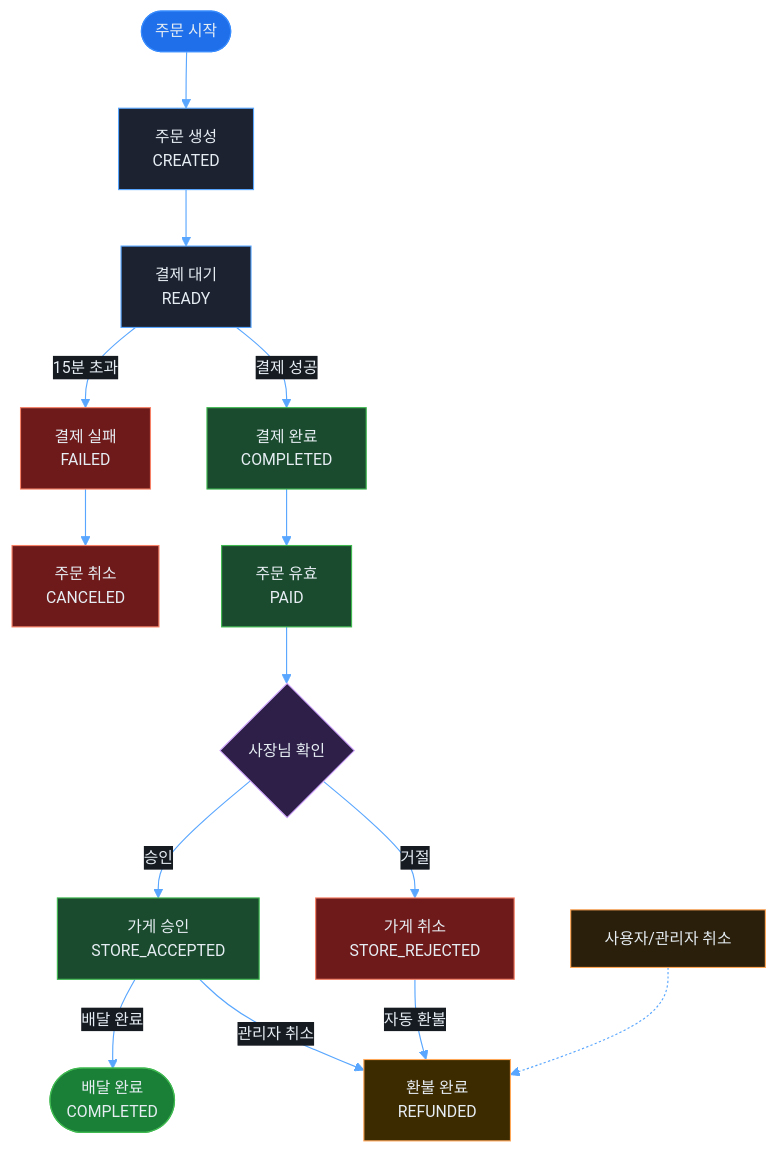
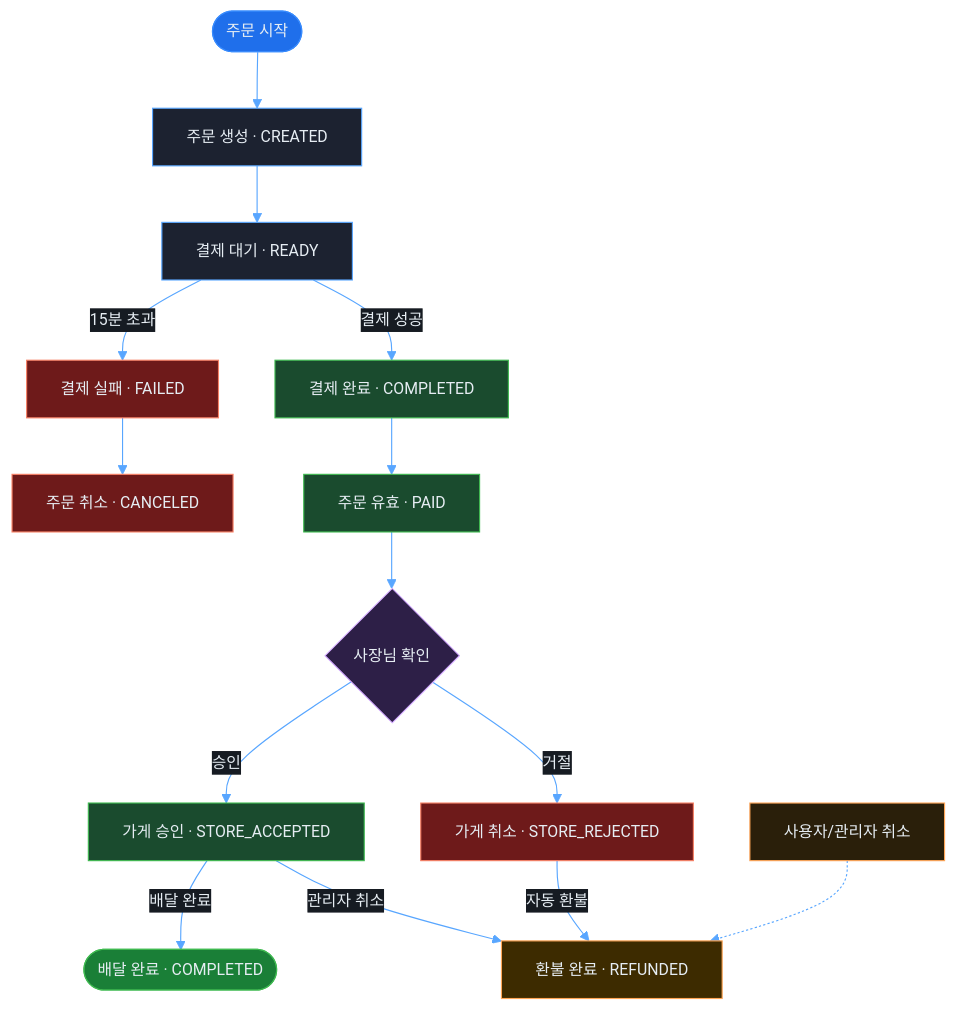
The first of 3 diagrams in README.md (rlaxxwls13/food-order-platform), drawn with Mermaid before and after one commit.

Commit message:
[Feat] README 수정4

````diff
--- a/README.md
+++ b/README.md
@@ -52,49 +52,49 @@
 ```mermaid
 %%{init: {
   "theme": "base",
   "themeVariables": {
     "primaryColor": "#1c2230",
     "primaryTextColor": "#e6edf3",
     "primaryBorderColor": "#30363d",
     "lineColor": "#58a6ff",
     "secondaryColor": "#161b22",
     "tertiaryColor": "#0d1117",
     "edgeLabelBackground": "#161b22",
     "fontFamily": "sans-serif",
     "fontSize": "14px"
   }
 }}%%
 flowchart TD
-    Start([주문 시작]) --> Order["주문 생성<br/>CREATED"]
-    Order --> PayReady["결제 대기<br/>READY"]
+    Start([주문 시작]) --> Order[주문 생성 · CREATED]
+    Order --> PayReady[결제 대기 · READY]
 
-    PayReady -- 15분 초과 --> PayFailed["결제 실패<br/>FAILED"]
-    PayFailed --> OrderCancel["주문 취소<br/>CANCELED"]
+    PayReady -- 15분 초과 --> PayFailed[결제 실패 · FAILED]
+    PayFailed --> OrderCancel[주문 취소 · CANCELED]
 
-    PayReady -- 결제 성공 --> PayComplete["결제 완료<br/>COMPLETED"]
-    PayComplete --> PaidOrder["주문 유효<br/>PAID"]
+    PayReady -- 결제 성공 --> PayComplete[결제 완료 · COMPLETED]
+    PayComplete --> PaidOrder[주문 유효 · PAID]
 
     PaidOrder --> Owner{사장님 확인}
-    Owner -- 승인 --> Accepted["가게 승인<br/>STORE_ACCEPTED"]
-    Owner -- 거절 --> Rejected["가게 취소<br/>STORE_REJECTED"]
+    Owner -- 승인 --> Accepted[가게 승인 · STORE_ACCEPTED]
+    Owner -- 거절 --> Rejected[가게 취소 · STORE_REJECTED]
 
-    Accepted -- 배달 완료 --> Done(["배달 완료<br/>COMPLETED"])
+    Accepted -- 배달 완료 --> Done([배달 완료 · COMPLETED])
 
-    Rejected -- 자동 환불 --> Refunded["환불 완료<br/>REFUNDED"]
+    Rejected -- 자동 환불 --> Refunded[환불 완료 · REFUNDED]
     Accepted -- 관리자 취소 --> Refunded
     CancelAction[사용자/관리자 취소] -.-> Refunded
 
     style Start fill:#1f6feb,stroke:#388bfd,color:#e6edf3
     style Done fill:#1a7f37,stroke:#3fb950,color:#e6edf3
     style PayFailed fill:#6e1a1a,stroke:#f78166,color:#e6edf3
     style OrderCancel fill:#6e1a1a,stroke:#f78166,color:#e6edf3
     style Rejected fill:#6e1a1a,stroke:#f78166,color:#e6edf3
     style Refunded fill:#3d2b00,stroke:#ffa657,color:#e6edf3
     style PayComplete fill:#1a4b2e,stroke:#3fb950,color:#e6edf3
     style PaidOrder fill:#1a4b2e,stroke:#3fb950,color:#e6edf3
     style Accepted fill:#1a4b2e,stroke:#3fb950,color:#e6edf3
     style Order fill:#1c2230,stroke:#58a6ff,color:#e6edf3
     style PayReady fill:#1c2230,stroke:#58a6ff,color:#e6edf3
     style Owner fill:#2d1f47,stroke:#d2a8ff,color:#e6edf3
     style CancelAction fill:#2a1f0a,stroke:#ffa657,color:#e6edf3
 ```
````
